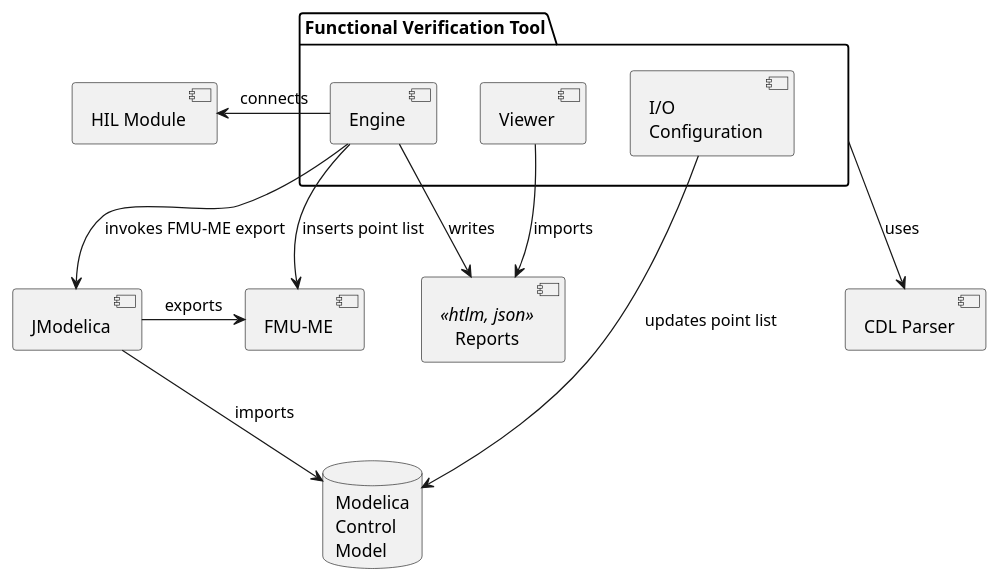
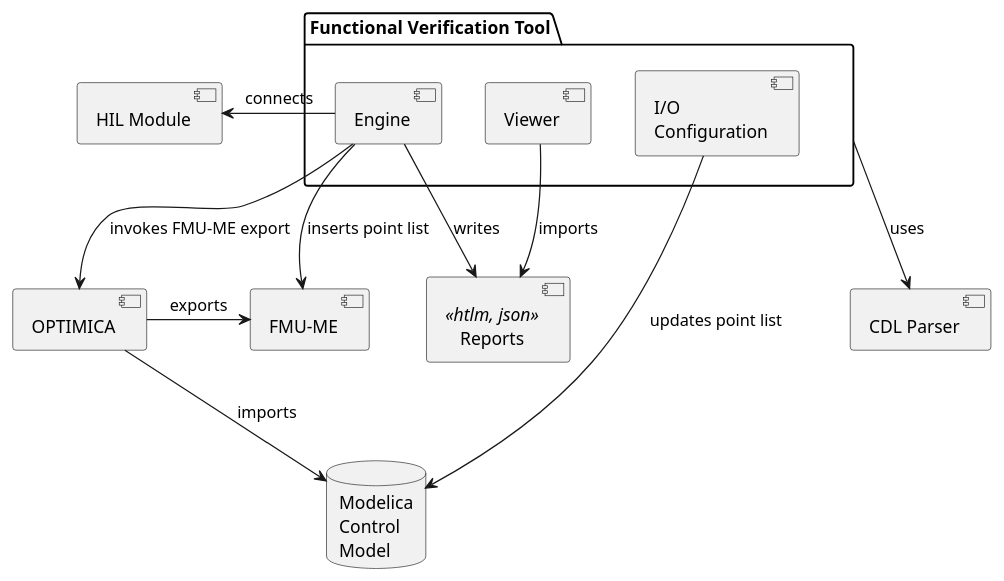
Before and after one commit to lbl-srg/obc: the third of 3 diagrams in specification/source/softwareArchitecture.rst, drawn with PlantUML. The commit also changed other lines of this file and 2 other files, not shown here.

```diff
--- a/specification/source/softwareArchitecture.rst
+++ b/specification/source/softwareArchitecture.rst
@@ -165,27 +165,27 @@
 .. uml::
    :caption: Overall software architecture of the Functional Verification Tool.
    :width: 600px
 
    skinparam componentStyle uml2
 
    package "Functional Verification Tool" as vt{
        [I/O\nConfiguration]
        [Engine]
        [Viewer]
    }
    [CDL Parser]
-   [JModelica]
+   [OPTIMICA]
    database "Modelica\nControl\nModel" as mod_ctl
    [FMU-ME]
    [Reports] <<htlm, json>>
    [HIL Module]
 
    vt -d-> [CDL Parser]: uses
    [I/O\nConfiguration] -d-> mod_ctl : updates point list
    [Engine] -> [FMU-ME] : inserts point list
-   [Engine] -d-> [JModelica] : invokes FMU-ME export
-   [JModelica] -d-> mod_ctl: imports
+   [Engine] -d-> [OPTIMICA] : invokes FMU-ME export
+   [OPTIMICA] -d-> mod_ctl: imports
    [Engine] -l-> [HIL Module]: connects
-   [JModelica] -> [FMU-ME] : exports
+   [OPTIMICA] -> [FMU-ME] : exports
    [Engine] -d-> [Reports]: writes
    [Viewer] -> [Reports]: imports
```
